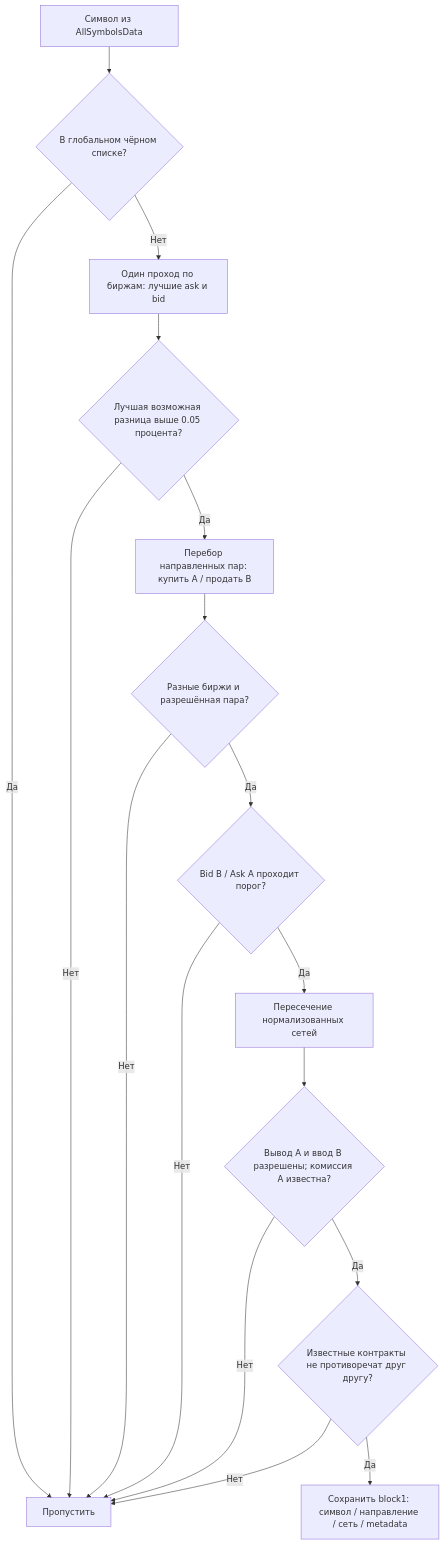
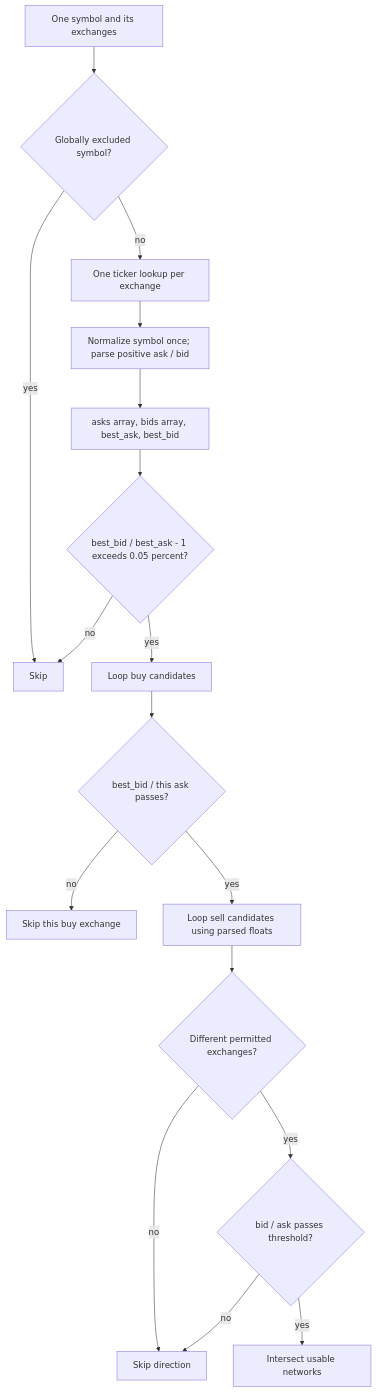
Before and after one commit to salyahcrypto1-beep/arbitrage-sc-speed: the second of 12 diagrams in docs/ARCHITECTURE.md, drawn with Mermaid. The commit also changed other lines of this file and 36 other files, not shown here.

````diff
--- a/docs/ARCHITECTURE.md
+++ b/docs/ARCHITECTURE.md
@@ -49,19 +51,19 @@
 ```mermaid
 flowchart TD
-    S[Символ из AllSymbolsData] --> BL{В глобальном чёрном списке?}
-    BL -- Да --> DROP[Пропустить]
-    BL -- Нет --> ONE[Один проход по биржам: лучшие ask и bid]
-    ONE --> BOUND{Лучшая возможная разница выше 0.05 процента?}
-    BOUND -- Нет --> DROP
-    BOUND -- Да --> PAIRS[Перебор направленных пар: купить A / продать B]
-    PAIRS --> SAME{Разные биржи и разрешённая пара?}
-    SAME -- Нет --> DROP
-    SAME -- Да --> PROFIT{Bid B / Ask A проходит порог?}
-    PROFIT -- Нет --> DROP
-    PROFIT -- Да --> COMMON[Пересечение нормализованных сетей]
-    COMMON --> VALID{Вывод A и ввод B разрешены; комиссия A известна?}
-    VALID -- Нет --> DROP
-    VALID -- Да --> CONTRACT{Известные контракты не противоречат друг другу?}
-    CONTRACT -- Нет --> DROP
-    CONTRACT -- Да --> BLOCK[Сохранить block1: символ / направление / сеть / metadata]
+    S[One symbol and its exchanges] --> BL{Globally excluded symbol?}
+    BL -- yes --> X[Skip]
+    BL -- no --> P[One ticker lookup per exchange]
+    P --> F[Normalize symbol once; parse positive ask / bid]
+    F --> A[asks array, bids array, best_ask, best_bid]
+    A --> UB{best_bid / best_ask - 1 exceeds 0.05 percent?}
+    UB -- no --> X
+    UB -- yes --> BUY[Loop buy candidates]
+    BUY --> UB2{best_bid / this ask passes?}
+    UB2 -- no --> NEXT[Skip this buy exchange]
+    UB2 -- yes --> SELL[Loop sell candidates using parsed floats]
+    SELL --> SAME{Different permitted exchanges?}
+    SAME -- no --> NEXT2[Skip direction]
+    SAME -- yes --> EDGE{bid / ask passes threshold?}
+    EDGE -- no --> NEXT2
+    EDGE -- yes --> NET[Intersect usable networks]
 ```
````
